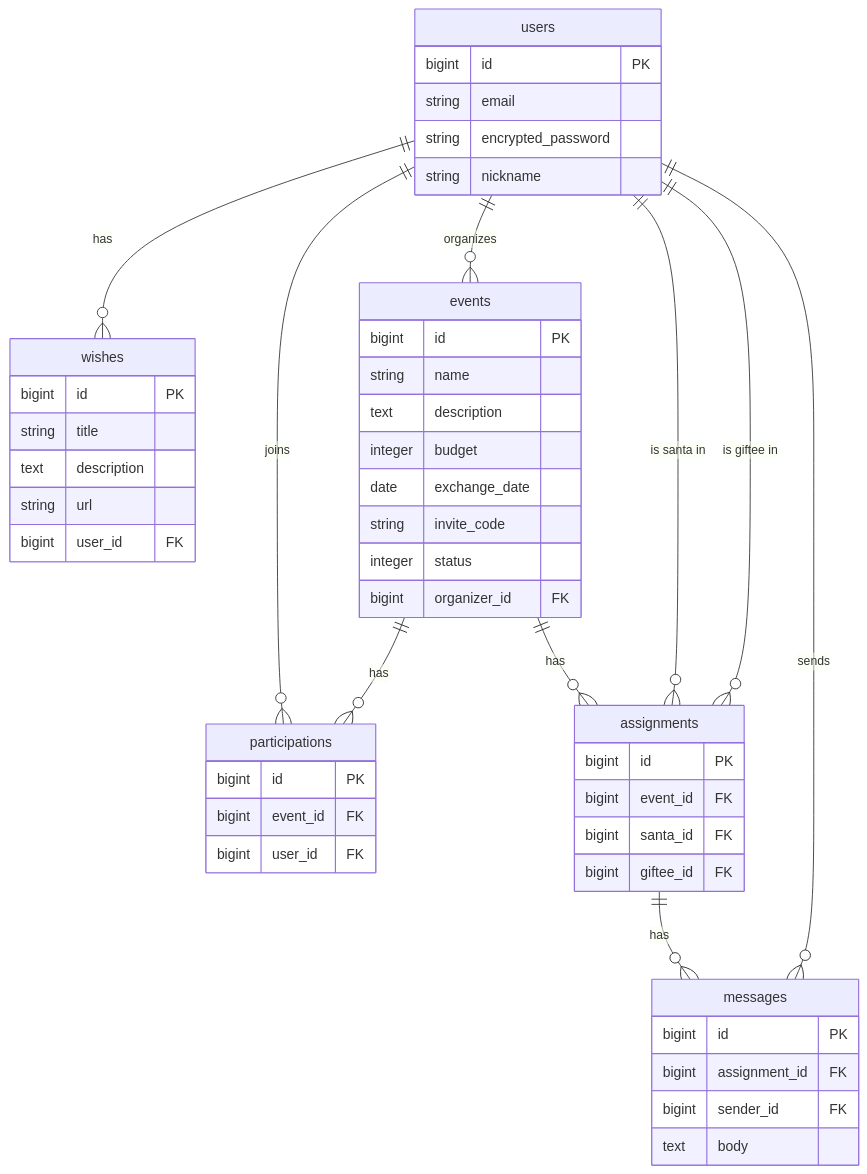
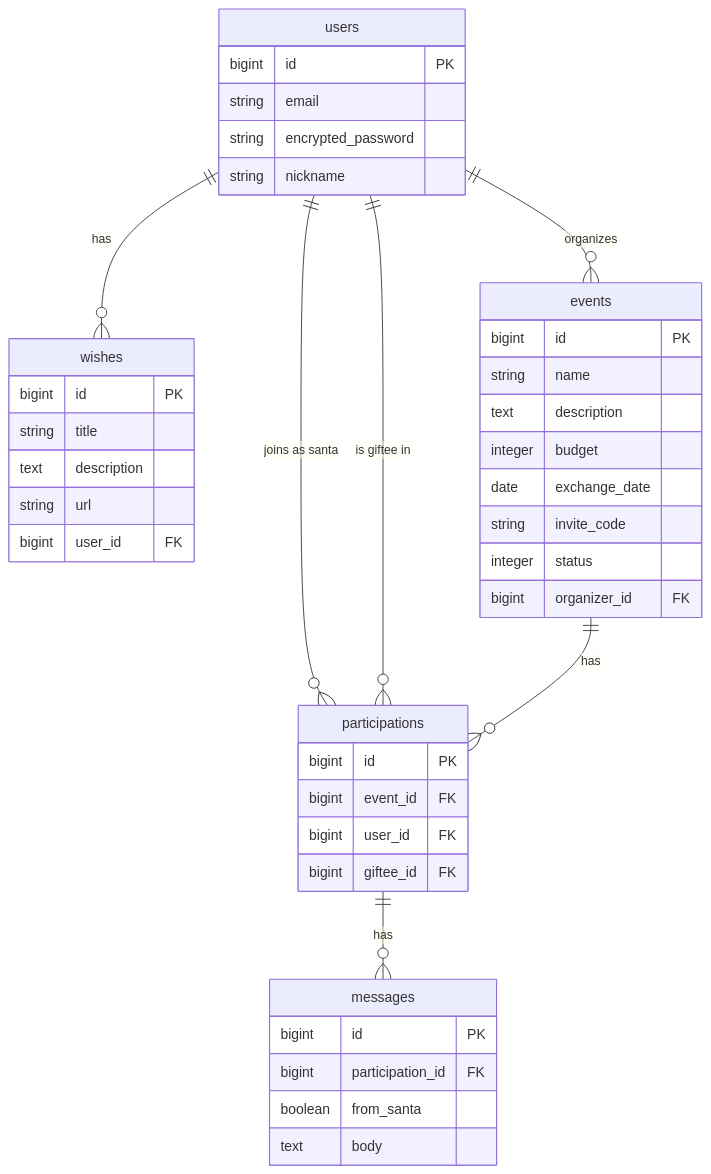
The diagram in README.md (qcfrab/secret_santa), drawn with Mermaid before and after one commit. The commit also changed 21 other files, not shown here.

Commit message:
Refactor: Merge assignments into participations and update messages

````diff
--- a/README.md
+++ b/README.md
@@ -7,53 +7,45 @@
 ```mermaid
 erDiagram
   users ||--o{ wishes : "has"
   users ||--o{ events : "organizes"
-  users ||--o{ participations : "joins"
+  users ||--o{ participations : "joins as santa"
+  users ||--o{ participations : "is giftee in"
   events ||--o{ participations : "has"
-  events ||--o{ assignments : "has"
-  users ||--o{ assignments : "is santa in"
-  users ||--o{ assignments : "is giftee in"
-  assignments ||--o{ messages : "has"
-  users ||--o{ messages : "sends"
+  participations ||--o{ messages : "has"
 
-    users {
-        bigint id PK
-        string email
-        string encrypted_password
-        string nickname
-    }
-    wishes {
-        bigint id PK
-        string title
-        text description
-        string url
-        bigint user_id FK
-    }
+  users {
+    bigint id PK
+    string email
+    string encrypted_password
+    string nickname
+  }
+  wishes {
+    bigint id PK
+    string title
+    text description
+    string url
+    bigint user_id FK
+  }
   events {
     bigint id PK
     string name
     text description
     integer budget
     date exchange_date
     string invite_code
     integer status
     bigint organizer_id FK
   }
   participations {
     bigint id PK
     bigint event_id FK
     bigint user_id FK
-  }
-  assignments {
-    bigint id PK
-    bigint event_id FK
-    bigint santa_id FK
     bigint giftee_id FK
   }
   messages {
     bigint id PK
-    bigint assignment_id FK
-    bigint sender_id FK
+    bigint participation_id FK
+    boolean from_santa
     text body
   }
 ```
````
